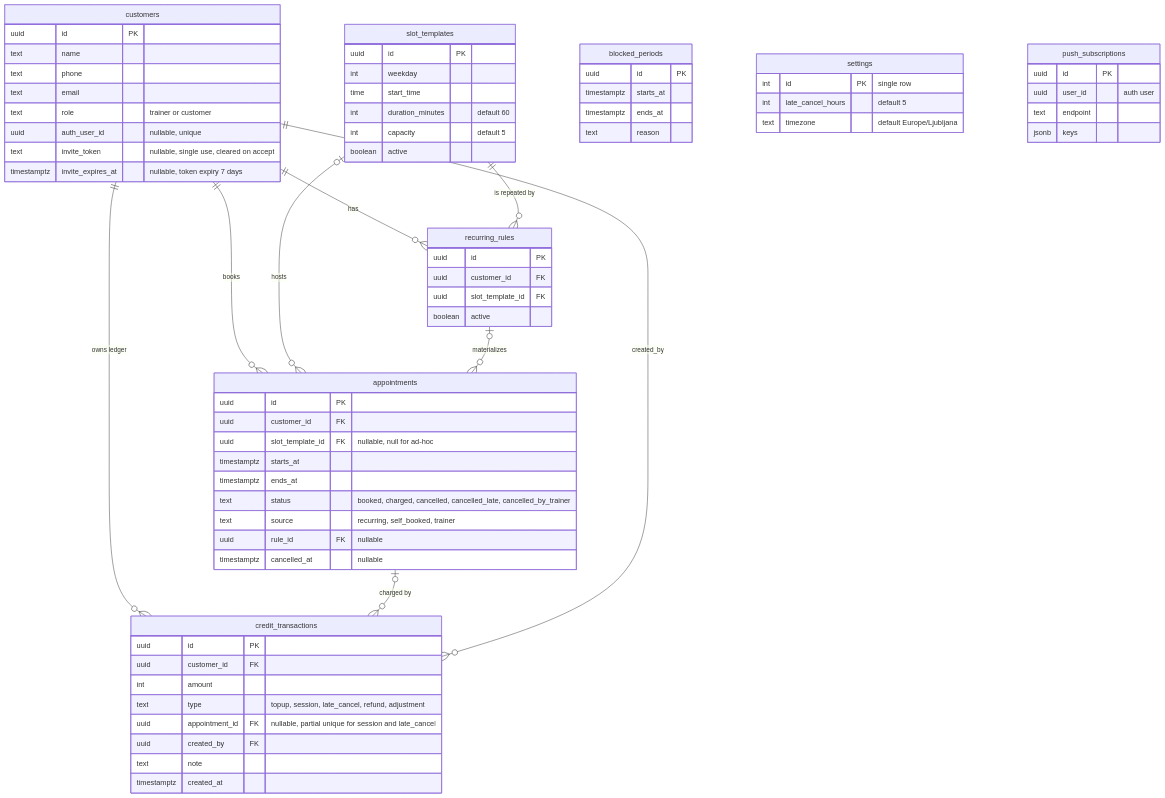
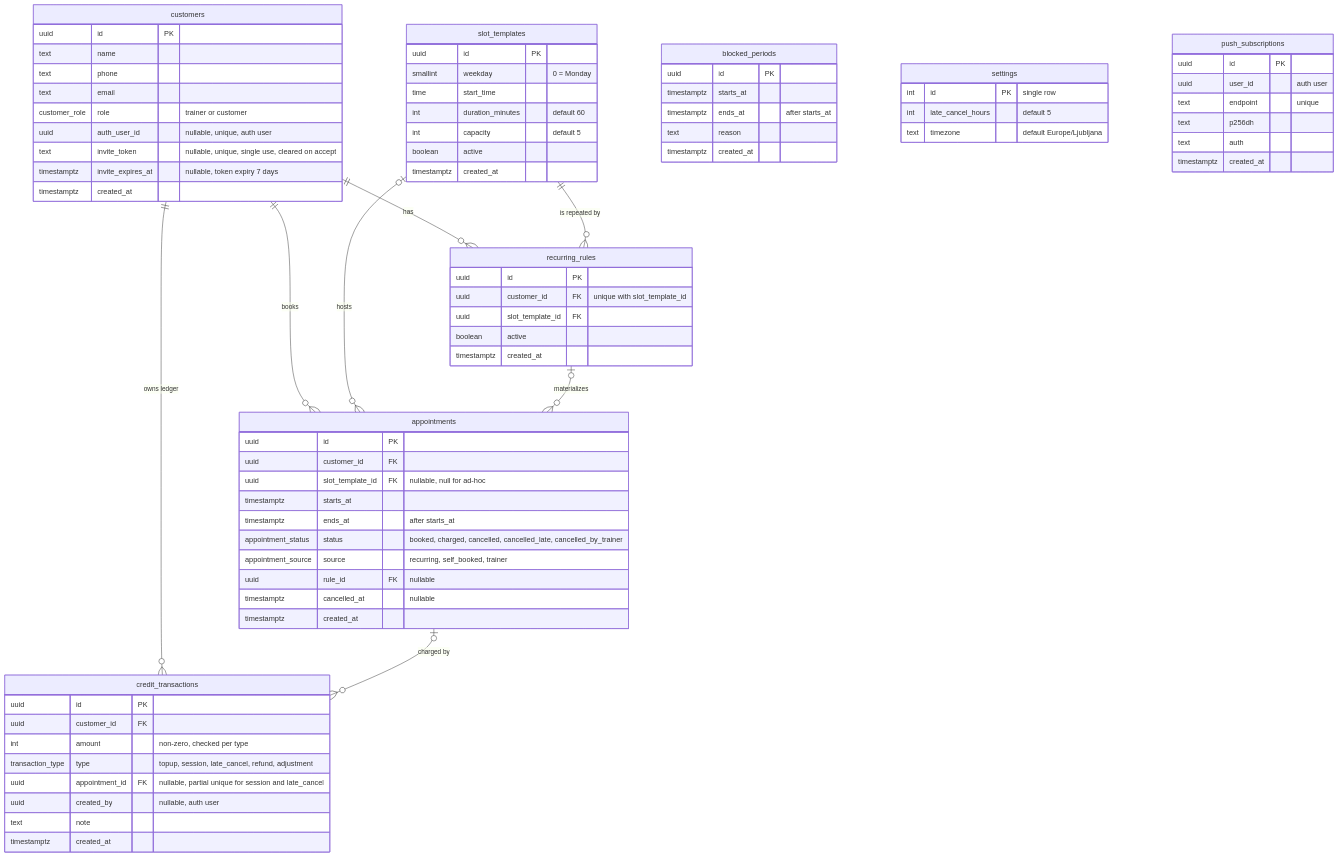
One commit to JasaGlazar/amrap changed the diagram in docs/architecture/data-model.md. Above: the diagram before and after it, drawn with Mermaid. The commit also changed other lines of this file and 11 other files, not shown here.

First line of the commit message:
feat(db): initial schema, RLS, balance view and pgTAP harness

````diff
--- a/docs/architecture/data-model.md
+++ b/docs/architecture/data-model.md
@@ -12,74 +13,80 @@
 ```mermaid
 erDiagram
     customers {
         uuid id PK
         text name
         text phone
         text email
-        text role "trainer or customer"
-        uuid auth_user_id "nullable, unique"
-        text invite_token "nullable, single use, cleared on accept"
+        customer_role role "trainer or customer"
+        uuid auth_user_id "nullable, unique, auth user"
+        text invite_token "nullable, unique, single use, cleared on accept"
         timestamptz invite_expires_at "nullable, token expiry 7 days"
+        timestamptz created_at
     }
     slot_templates {
         uuid id PK
-        int weekday
+        smallint weekday "0 = Monday"
         time start_time
         int duration_minutes "default 60"
         int capacity "default 5"
         boolean active
+        timestamptz created_at
     }
     recurring_rules {
         uuid id PK
-        uuid customer_id FK
+        uuid customer_id FK "unique with slot_template_id"
         uuid slot_template_id FK
         boolean active
+        timestamptz created_at
     }
     appointments {
         uuid id PK
         uuid customer_id FK
         uuid slot_template_id FK "nullable, null for ad-hoc"
         timestamptz starts_at
-        timestamptz ends_at
-        text status "booked, charged, cancelled, cancelled_late, cancelled_by_trainer"
-        text source "recurring, self_booked, trainer"
+        timestamptz ends_at "after starts_at"
+        appointment_status status "booked, charged, cancelled, cancelled_late, cancelled_by_trainer"
+        appointment_source source "recurring, self_booked, trainer"
         uuid rule_id FK "nullable"
         timestamptz cancelled_at "nullable"
+        timestamptz created_at
     }
     credit_transactions {
         uuid id PK
         uuid customer_id FK
-        int amount
-        text type "topup, session, late_cancel, refund, adjustment"
+        int amount "non-zero, checked per type"
+        transaction_type type "topup, session, late_cancel, refund, adjustment"
         uuid appointment_id FK "nullable, partial unique for session and late_cancel"
-        uuid created_by FK
+        uuid created_by "nullable, auth user"
         text note
         timestamptz created_at
     }
     blocked_periods {
         uuid id PK
         timestamptz starts_at
-        timestamptz ends_at
+        timestamptz ends_at "after starts_at"
         text reason
+        timestamptz created_at
     }
     settings {
         int id PK "single row"
         int late_cancel_hours "default 5"
         text timezone "default Europe/Ljubljana"
     }
     push_subscriptions {
         uuid id PK
         uuid user_id "auth user"
-        text endpoint
-        jsonb keys
+        text endpoint "unique"
+        text p256dh
+        text auth
+        timestamptz created_at
     }
 
     customers ||--o{ recurring_rules : "has"
     slot_templates ||--o{ recurring_rules : "is repeated by"
     customers ||--o{ appointments : "books"
     slot_templates |o--o{ appointments : "hosts"
     recurring_rules |o--o{ appointments : "materializes"
     customers ||--o{ credit_transactions : "owns ledger"
     appointments |o--o{ credit_transactions : "charged by"
-    customers ||--o{ credit_transactions : "created_by"
 ```
````
